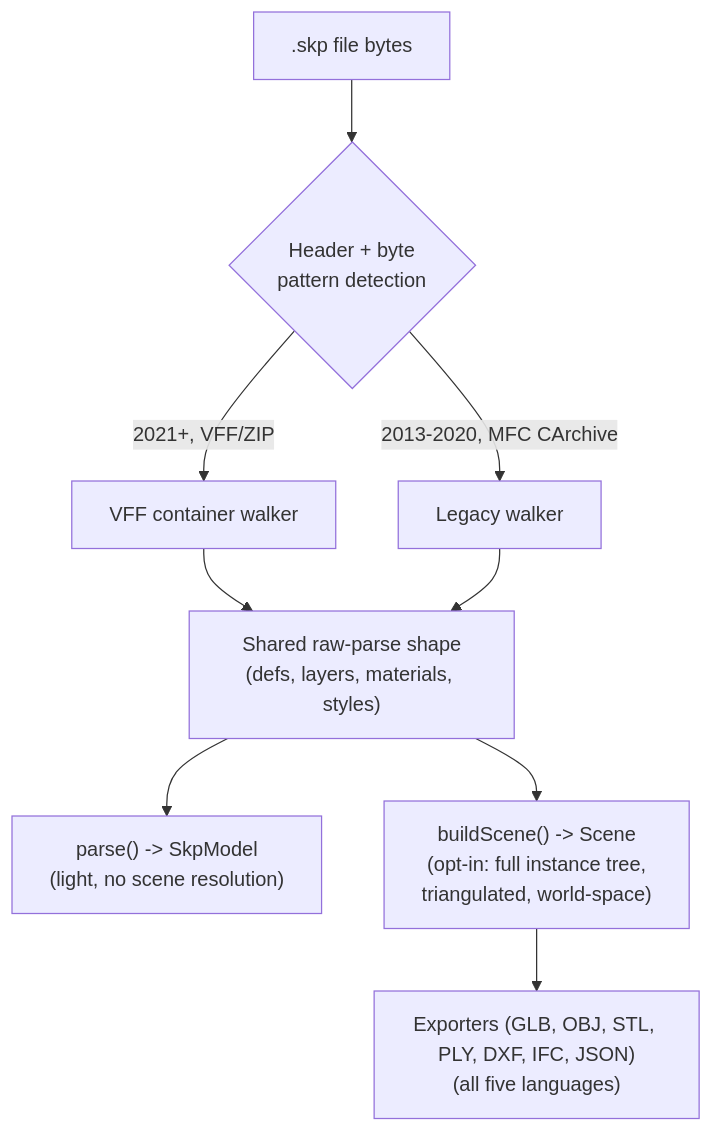
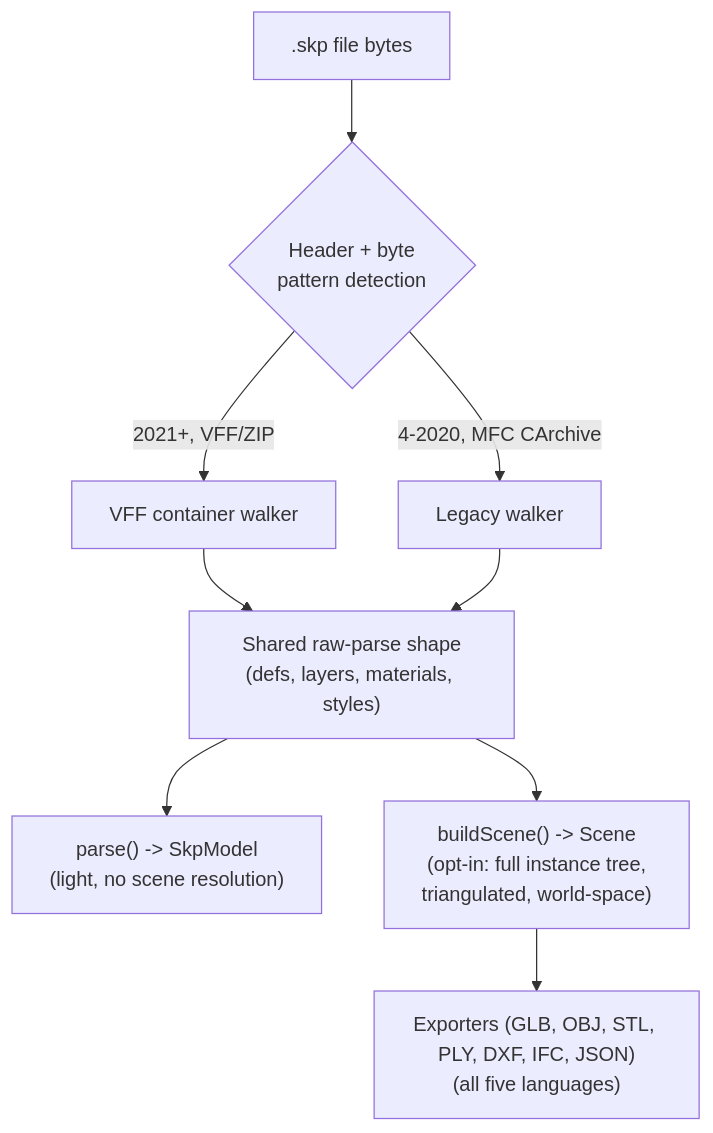
One commit to iamahsanmehmood/openskp changed the first of 2 diagrams in docs/ARCHITECTURE.md. Above: the diagram before and after it, drawn with Mermaid. The commit also changed other lines of this file and 12 other files, not shown here.

````diff
--- a/docs/ARCHITECTURE.md
+++ b/docs/ARCHITECTURE.md
@@ -35,11 +35,11 @@
 ```mermaid
 graph TD
     A[".skp file bytes"] --> B{"Header + byte\npattern detection"}
     B -->|"2021+, VFF/ZIP"| C["VFF container walker"]
-    B -->|"2013-2020, MFC CArchive"| D["Legacy walker"]
+    B -->|"4-2020, MFC CArchive"| D["Legacy walker"]
     C --> E["Shared raw-parse shape\n(defs, layers, materials, styles)"]
     D --> E
     E --> F["parse() -> SkpModel\n(light, no scene resolution)"]
     E --> G["buildScene() -> Scene\n(opt-in: full instance tree,\ntriangulated, world-space)"]
     G --> H["Exporters (GLB, OBJ, STL, PLY, DXF, IFC, JSON)\n(all five languages)"]
 ```
````
